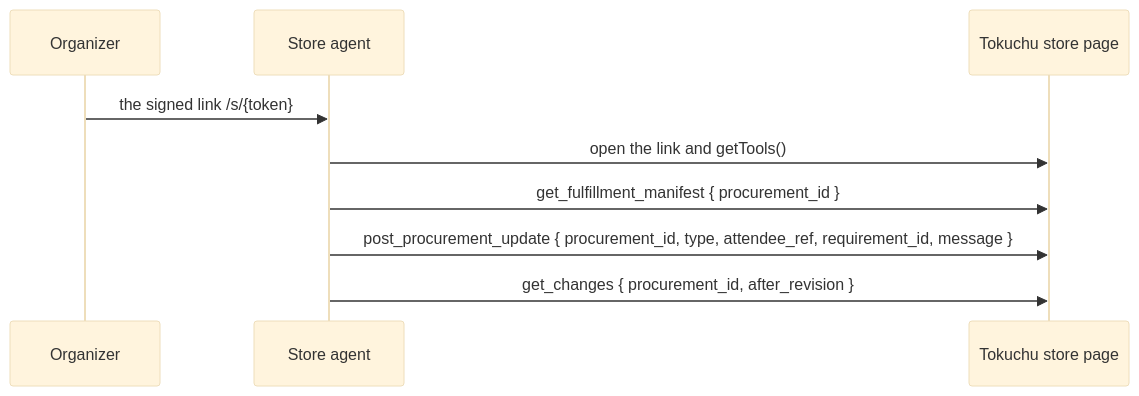
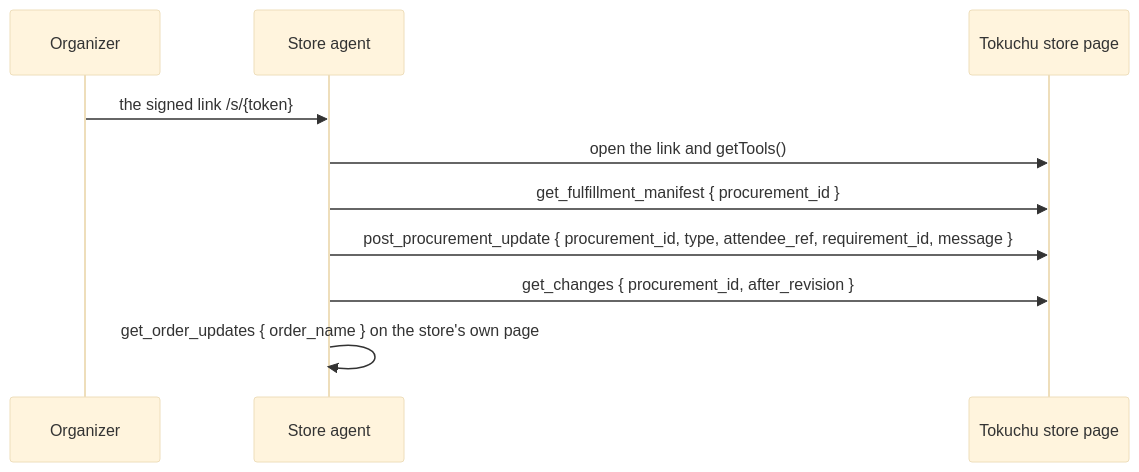
Before and after one commit to reversely/tokuchu: the diagram in docs/diagrams/store-sequence.mmd, drawn with Mermaid (base theme). The commit also changed 19 other files, not shown here.

First line of the commit message:
feat(store): expose order updates over WebMCP with get_order_updates

```diff
--- a/docs/diagrams/store-sequence.mmd
+++ b/docs/diagrams/store-sequence.mmd
@@ -1,9 +1,10 @@
 sequenceDiagram
     participant O as Organizer
     participant S as Store agent
     participant P as Tokuchu store page
     O->>S: the signed link /s/{token}
     S->>P: open the link and getTools()
     S->>P: get_fulfillment_manifest { procurement_id }
     S->>P: post_procurement_update { procurement_id, type, attendee_ref, requirement_id, message }
     S->>P: get_changes { procurement_id, after_revision }
+    S->>S: get_order_updates { order_name } on the store's own page
```
